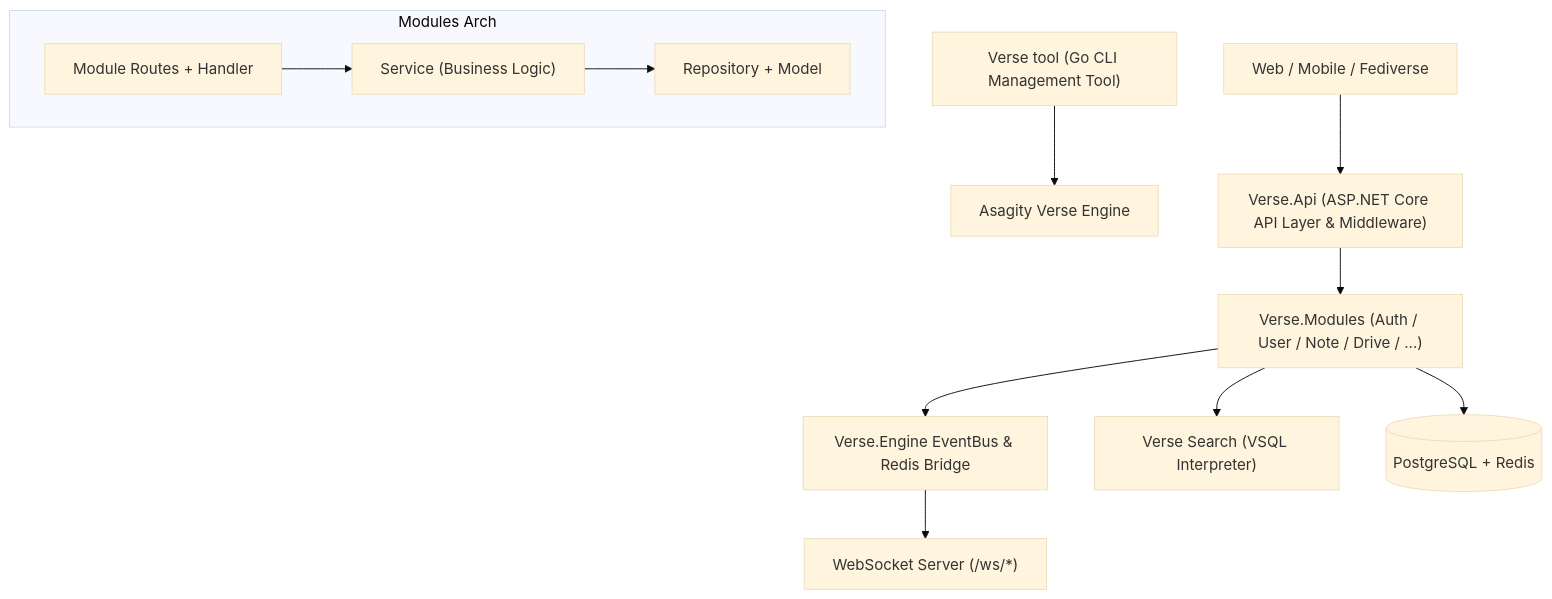
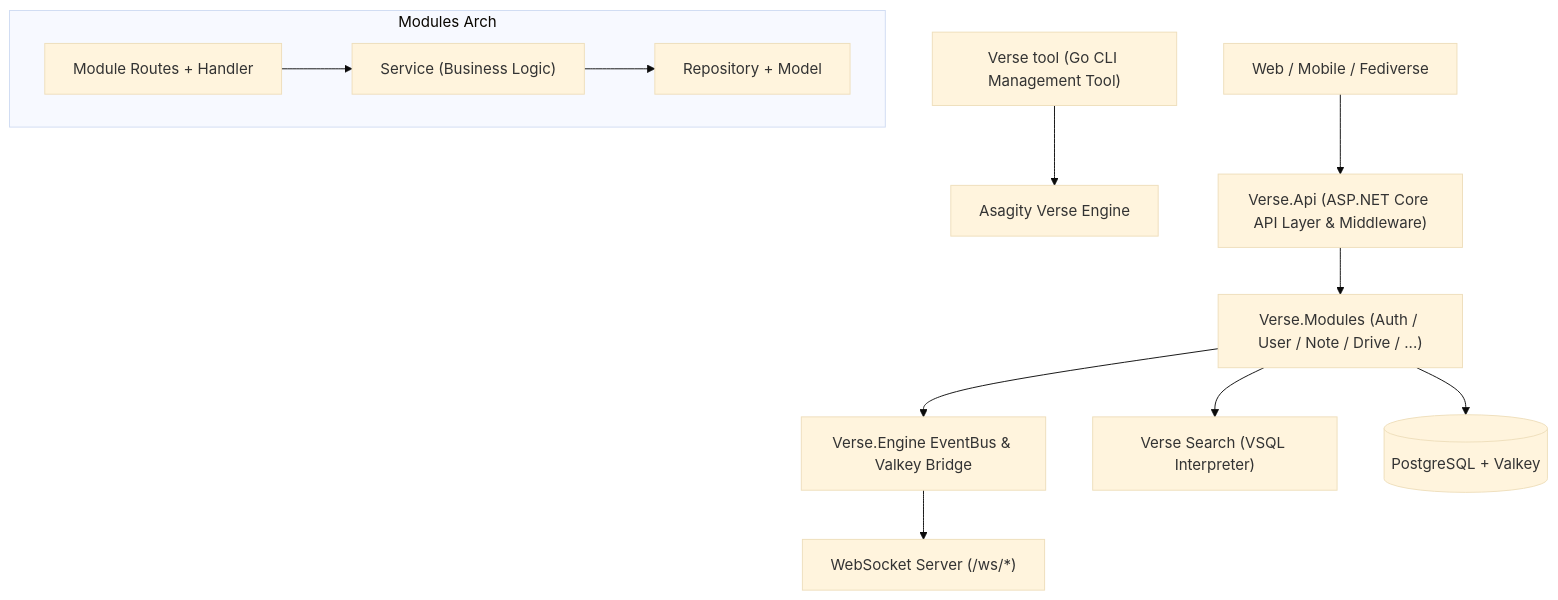
One commit to CyaniAgent/Asagity changed the diagram in core/README.md. Above: the diagram before and after it, drawn with Mermaid (base theme). The commit also changed other lines of this file and 11 other files, not shown here.

First line of the commit message:
docs: rename Redis to Valkey and refresh backend architecture diagram

````diff
--- a/core/README.md
+++ b/core/README.md
@@ -137,15 +137,15 @@
 ```mermaid
 flowchart TD
     VerseTool["Verse tool (Go CLI Management Tool)"] --> VerseBackend["Asagity Verse Engine"]
     Client["Web / Mobile / Fediverse"] --> ApiLayer["Verse.Api (ASP.NET Core API Layer & Middleware)"]
     ApiLayer --> Modules["Verse.Modules (Auth / User / Note / Drive / ...)"]
 
     subgraph Modules Arch
         Handler["Module Routes + Handler"] --> Service["Service (Business Logic)"] --> Repository["Repository + Model"]
     end
 
-    Modules --> EventBus["Verse.Engine EventBus & Redis Bridge"]
+    Modules --> EventBus["Verse.Engine EventBus & Valkey Bridge"]
     Modules --> VSQL["Verse Search (VSQL Interpreter)"]
-    Modules --> DB[(PostgreSQL + Redis)]
+    Modules --> DB[(PostgreSQL + Valkey)]
     EventBus --> WS["WebSocket Server (/ws/*)"]
 ```
````
